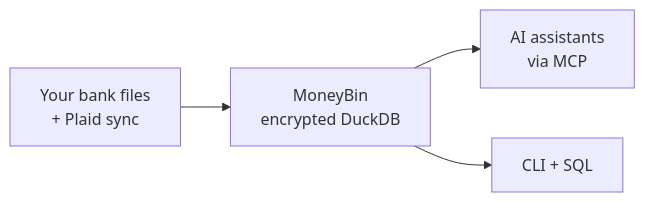
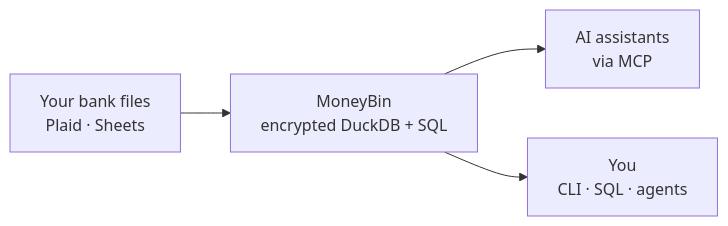
One commit to bsaffel/moneybin changed the diagram in README.md. Above: the diagram before and after it, drawn with Mermaid. The commit also changed other lines of this file and 8 other files, not shown here.

````diff
--- a/README.md
+++ b/README.md
@@ -35,6 +39,6 @@
 ```mermaid
 graph LR
-    A["Your bank files<br/>+ Plaid sync"] --> B["MoneyBin<br/>encrypted DuckDB"]
+    A["Your bank files<br/>Plaid · Sheets"] --> B["MoneyBin<br/>encrypted DuckDB + SQL"]
     B --> C["AI assistants<br/>via MCP"]
-    B --> D["CLI + SQL"]
+    B --> D["You<br/>CLI · SQL · agents"]
 ```
````
